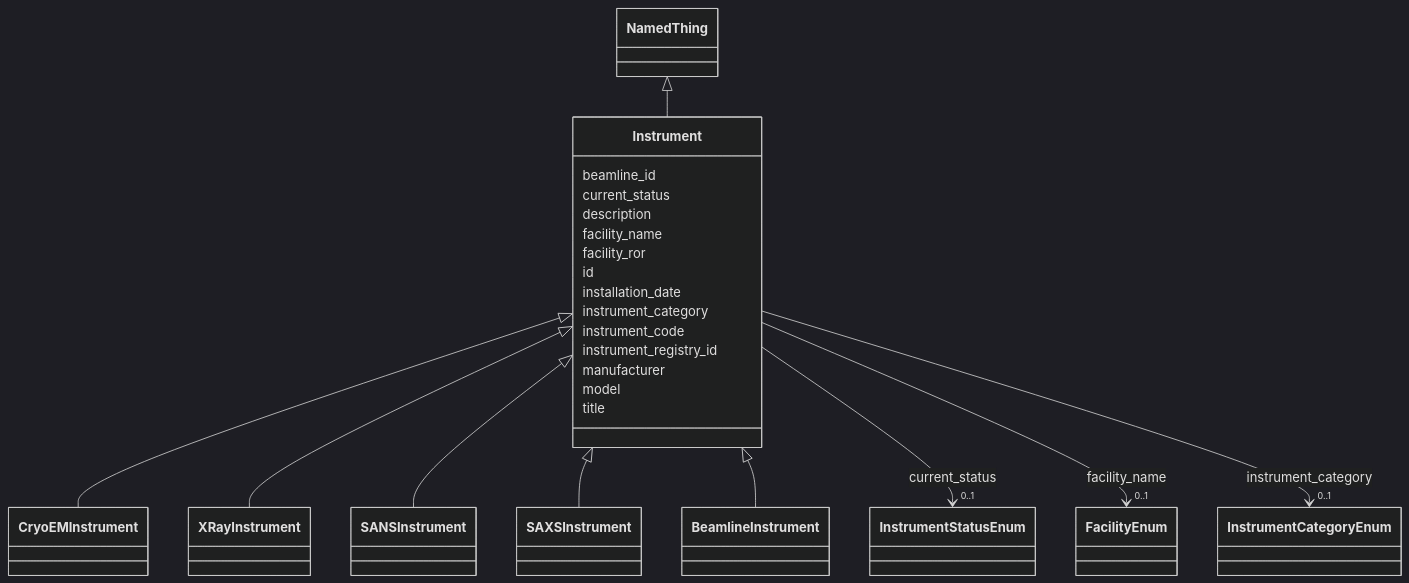
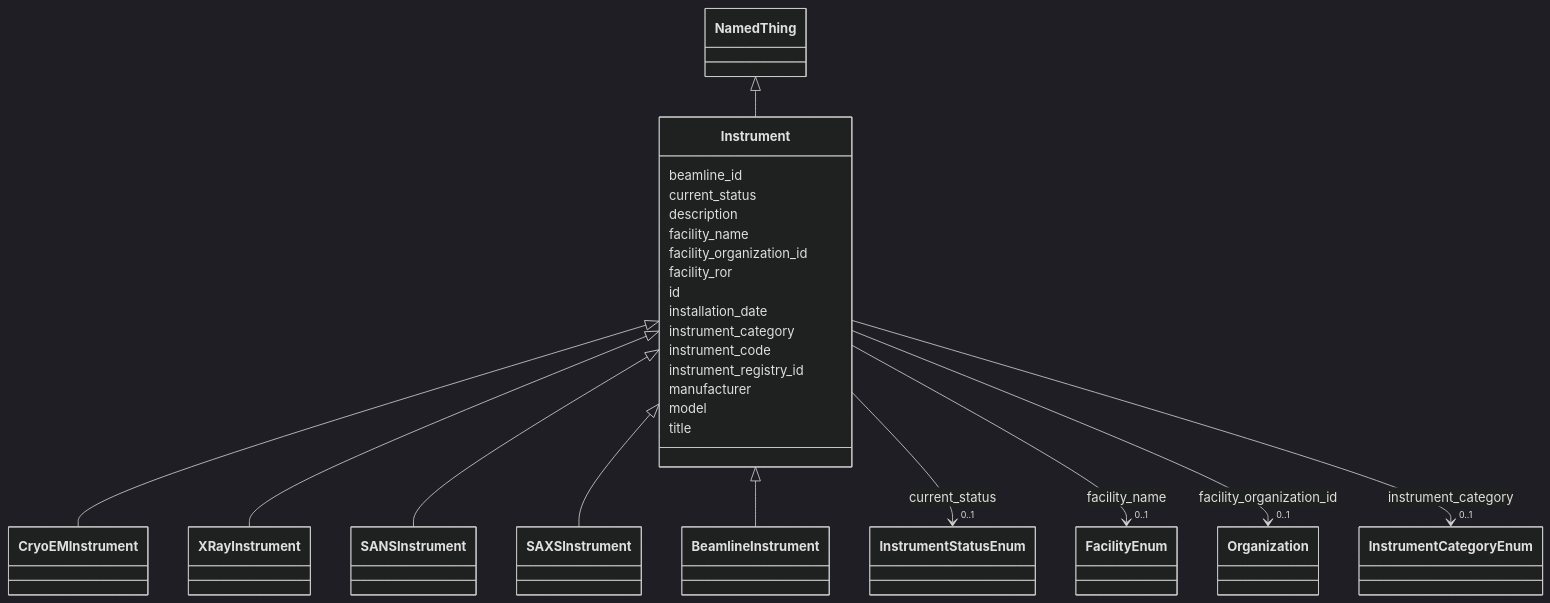
The diagram in docs/elements/Instrument.md (lambda-ber/lambda-ber-schema), drawn with Mermaid (dark theme) before and after one commit. The commit also changed other lines of this file and 259 other files, not shown here.

```diff
--- a/docs/elements/Instrument.md
+++ b/docs/elements/Instrument.md
@@ -61,6 +61,17 @@
     
 
         
+      Instrument : facility_organization_id
+        
+          
+    
+        
+        
+        Instrument --> "0..1" Organization : facility_organization_id
+        click Organization href "../Organization/"
+    
+
+        
       Instrument : facility_ror
         
       Instrument : id
```
